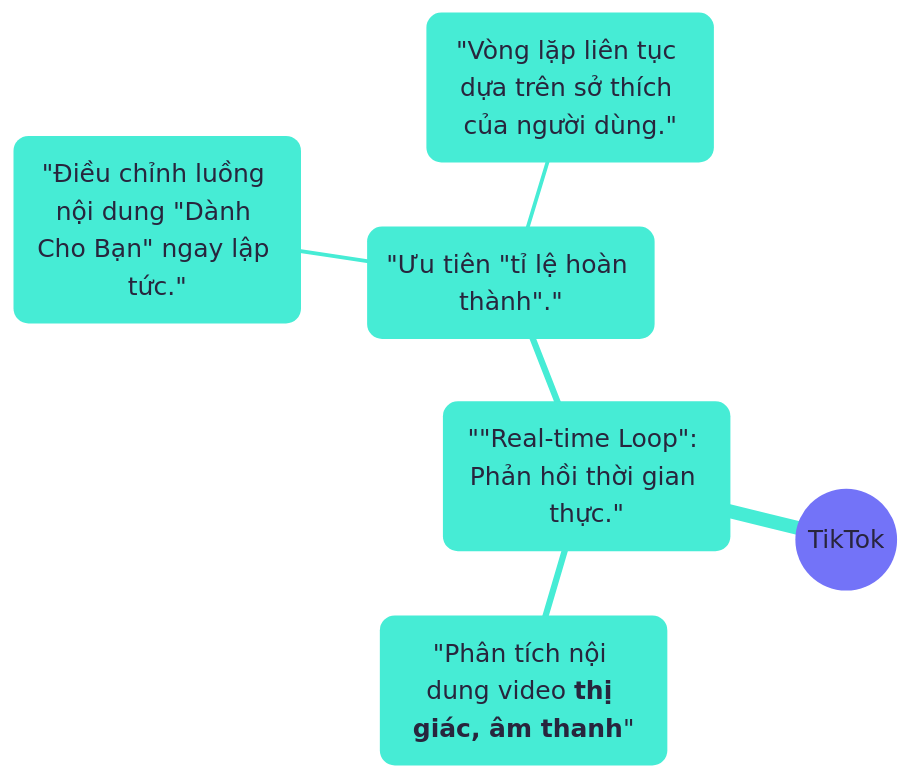
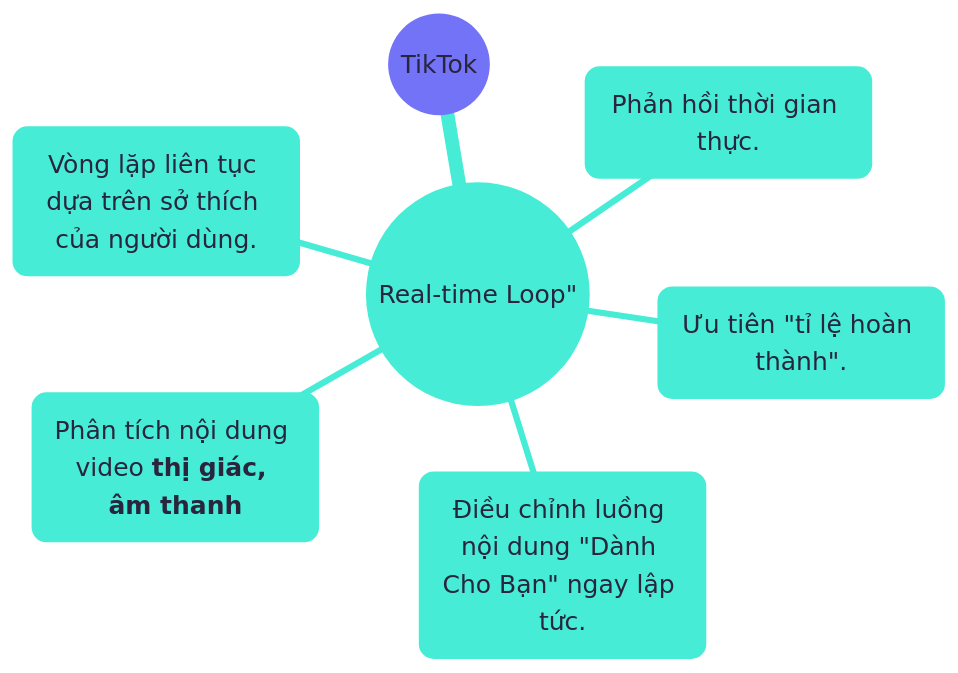
The diagram in content/diagrams/chapter02-tiktok.mmd (sam-uit/typst-report-template), drawn with Mermaid before and after one commit.

```diff
--- a/content/diagrams/chapter02-tiktok.mmd
+++ b/content/diagrams/chapter02-tiktok.mmd
@@ -1,14 +1,15 @@
 ---
 config:
   theme: redux-color
   themeVariables:
     fontFamily: Google Sans
     fontSize: 20px
 ---
 mindmap
   root(("TikTok"))
-    "#quot;Real-time Loop#quot;: Phản hồi thời gian thực."
-        "Phân tích nội dung video **thị giác, âm thanh**"
-        "Ưu tiên #quot;tỉ lệ hoàn thành#quot;."
-            "Điều chỉnh luồng nội dung #quot;Dành Cho Bạn#quot; ngay lập tức."
-            "Vòng lặp liên tục dựa trên sở thích của người dùng."
+    ((Real-time Loop"))
+      (Phản hồi thời gian thực.)
+      (Phân tích nội dung video **thị giác, âm thanh**)
+      (Ưu tiên "tỉ lệ hoàn thành".)
+      (Điều chỉnh luồng nội dung "Dành Cho Bạn" ngay lập tức.)
+      (Vòng lặp liên tục dựa trên sở thích của người dùng.)
```
